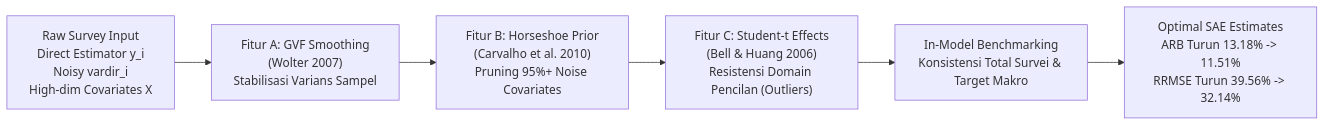
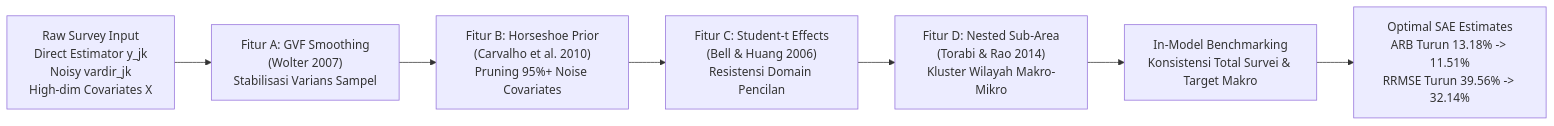
One commit to ridsonap/fastsae-gpu changed the diagram in README.md. Above: the diagram before and after it, drawn with Mermaid. The commit also changed other lines of this file and 6 other files, not shown here.

Commit message:
feat(sae): implement two-level nested sub-area SAE model (Torabi & Rao 2014)

````diff
--- a/README.md
+++ b/README.md
@@ -478,8 +478,9 @@
 ```mermaid
 flowchart LR
-    A["Raw Survey Input\nDirect Estimator y_i\nNoisy vardir_i\nHigh-dim Covariates X"] --> B["Fitur A: GVF Smoothing\n(Wolter 2007)\nStabilisasi Varians Sampel"]
+    A["Raw Survey Input\nDirect Estimator y_jk\nNoisy vardir_jk\nHigh-dim Covariates X"] --> B["Fitur A: GVF Smoothing\n(Wolter 2007)\nStabilisasi Varians Sampel"]
     B --> C["Fitur B: Horseshoe Prior\n(Carvalho et al. 2010)\nPruning 95%+ Noise Covariates"]
-    C --> D["Fitur C: Student-t Effects\n(Bell & Huang 2006)\nResistensi Domain Pencilan (Outliers)"]
-    D --> E["In-Model Benchmarking\nKonsistensi Total Survei & Target Makro"]
-    E --> F["Optimal SAE Estimates\nARB Turun 13.18% -> 11.51%\nRRMSE Turun 39.56% -> 32.14%"]
+    C --> D["Fitur C: Student-t Effects\n(Bell & Huang 2006)\nResistensi Domain Pencilan"]
+    D --> E["Fitur D: Nested Sub-Area\n(Torabi & Rao 2014)\nKluster Wilayah Makro-Mikro"]
+    E --> F["In-Model Benchmarking\nKonsistensi Total Survei & Target Makro"]
+    F --> G["Optimal SAE Estimates\nARB Turun 13.18% -> 11.51%\nRRMSE Turun 39.56% -> 32.14%"]
 ```
````
